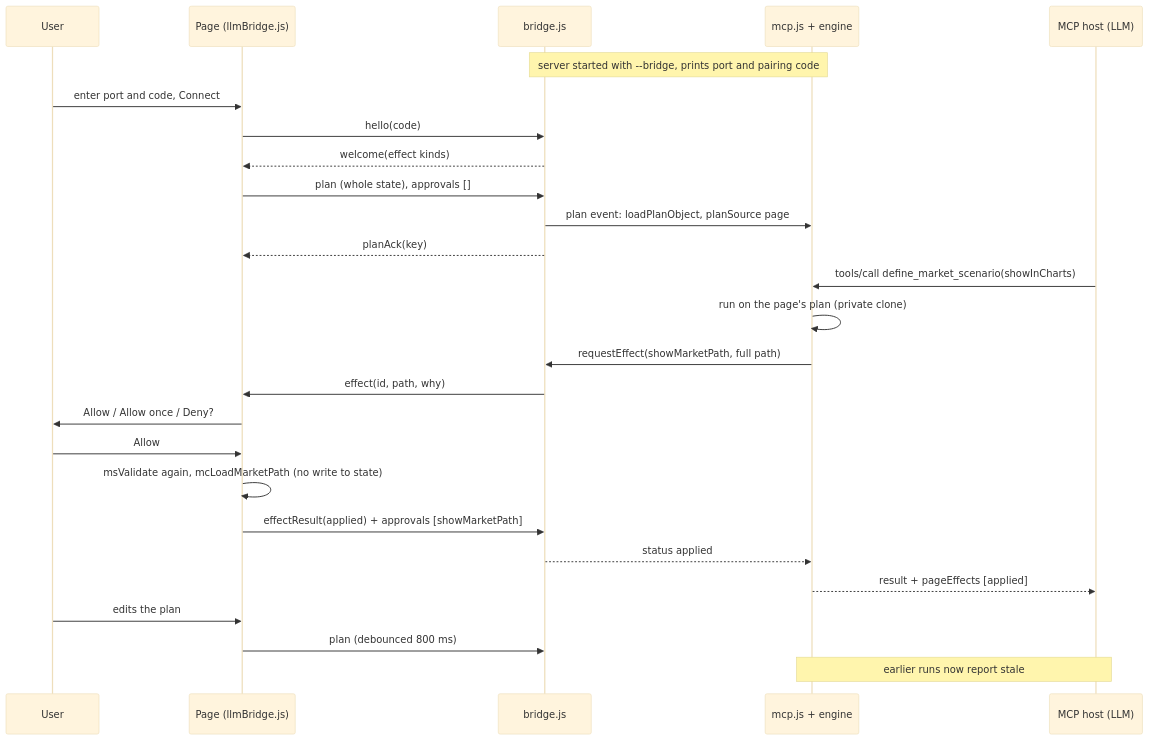
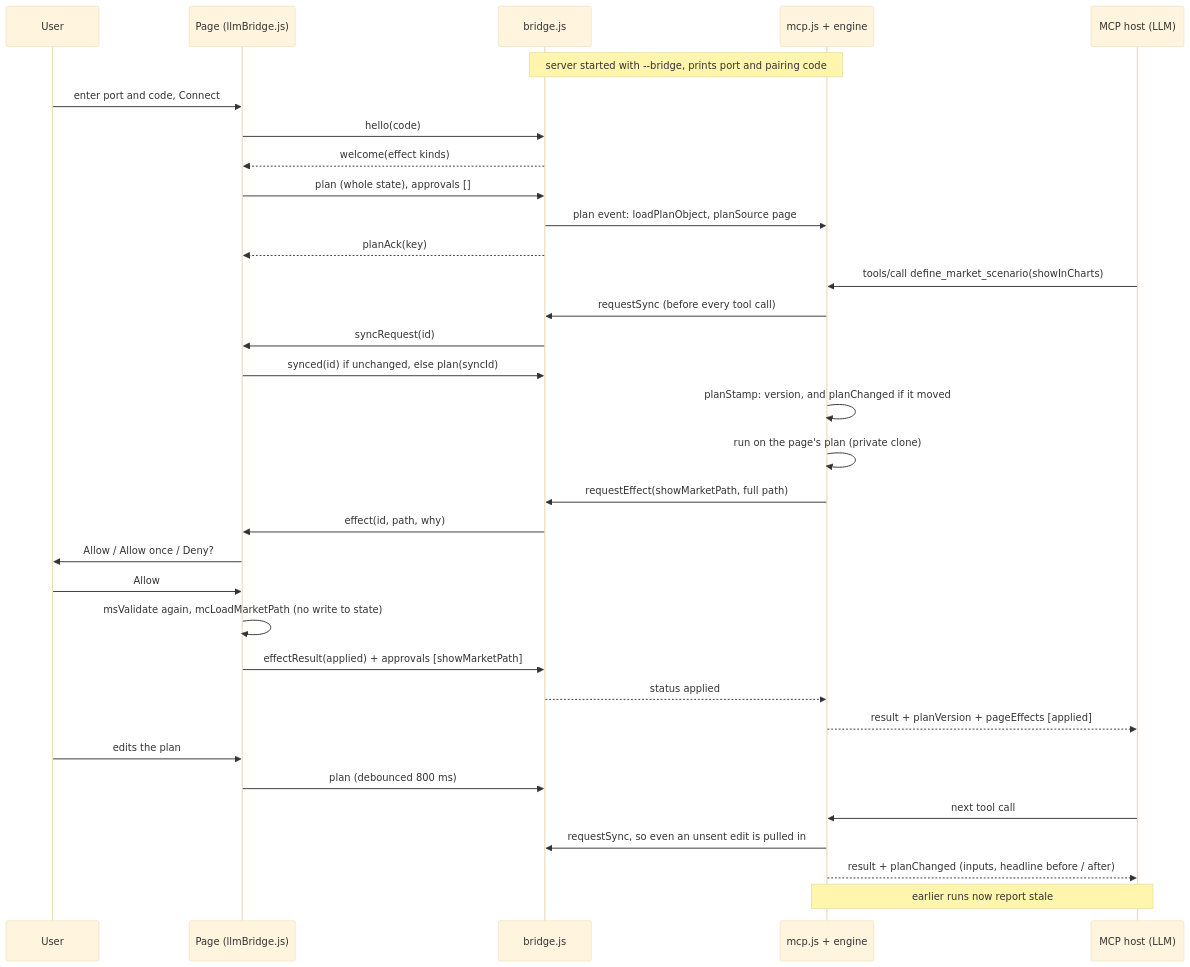
Diagram 20 of 20 in docs/ARCHITECTURE.md (howardc64/retirefin), drawn with Mermaid (base theme) before and after one commit. The commit also changed other lines of this file and 47 other files, not shown here.

````diff
--- a/docs/ARCHITECTURE.md
+++ b/docs/ARCHITECTURE.md
@@ -1548,28 +1550,35 @@
 ```mermaid
 sequenceDiagram
   participant U as User
   participant P as Page (llmBridge.js)
   participant B as bridge.js
   participant M as mcp.js + engine
   participant H as MCP host (LLM)
   Note over B,M: server started with --bridge, prints port and pairing code
   U->>P: enter port and code, Connect
   P->>B: hello(code)
   B-->>P: welcome(effect kinds)
   P->>B: plan (whole state), approvals []
   B->>M: plan event: loadPlanObject, planSource page
   B-->>P: planAck(key)
   H->>M: tools/call define_market_scenario(showInCharts)
+  M->>B: requestSync (before every tool call)
+  B->>P: syncRequest(id)
+  P->>B: synced(id) if unchanged, else plan(syncId)
+  M->>M: planStamp: version, and planChanged if it moved
   M->>M: run on the page's plan (private clone)
   M->>B: requestEffect(showMarketPath, full path)
   B->>P: effect(id, path, why)
   P->>U: Allow / Allow once / Deny?
   U->>P: Allow
   P->>P: msValidate again, mcLoadMarketPath (no write to state)
   P->>B: effectResult(applied) + approvals [showMarketPath]
   B-->>M: status applied
-  M-->>H: result + pageEffects [applied]
+  M-->>H: result + planVersion + pageEffects [applied]
   U->>P: edits the plan
   P->>B: plan (debounced 800 ms)
+  H->>M: next tool call
+  M->>B: requestSync, so even an unsent edit is pulled in
+  M-->>H: result + planChanged (inputs, headline before / after)
   Note over M,H: earlier runs now report stale
 ```
````
